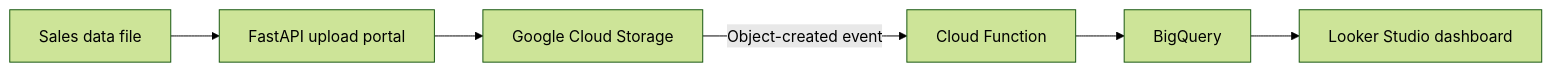
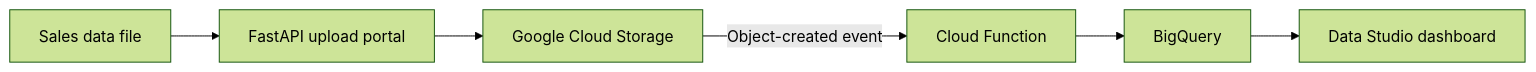
The diagram in README.md (raghiahaidari/sales-de-project), drawn with Mermaid (forest theme) before and after one commit. The commit also changed other lines of this file, not shown here.

````diff
--- a/README.md
+++ b/README.md
@@ -15,8 +15,8 @@
 ```mermaid
 flowchart LR
     A[Sales data file] --> B[FastAPI upload portal]
     B --> C[Google Cloud Storage]
     C -->|Object-created event| D[Cloud Function]
     D --> E[BigQuery]
-    E --> F[Looker Studio dashboard]
+    E --> F[Data Studio dashboard]
 ```
````
